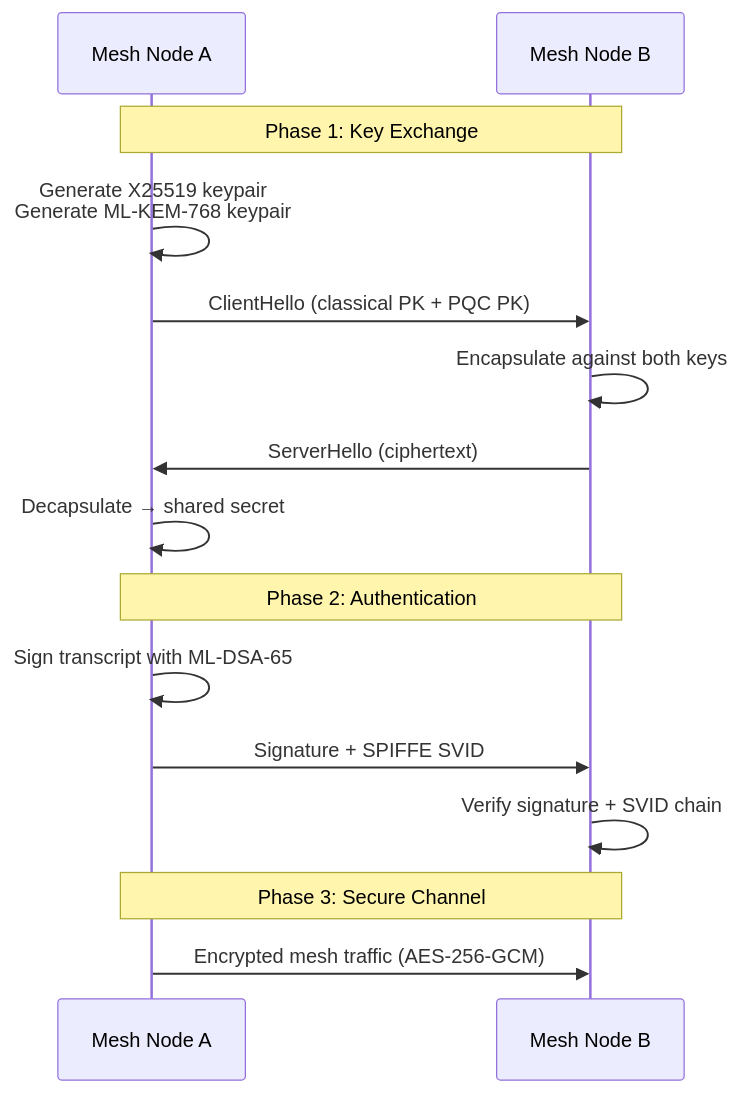
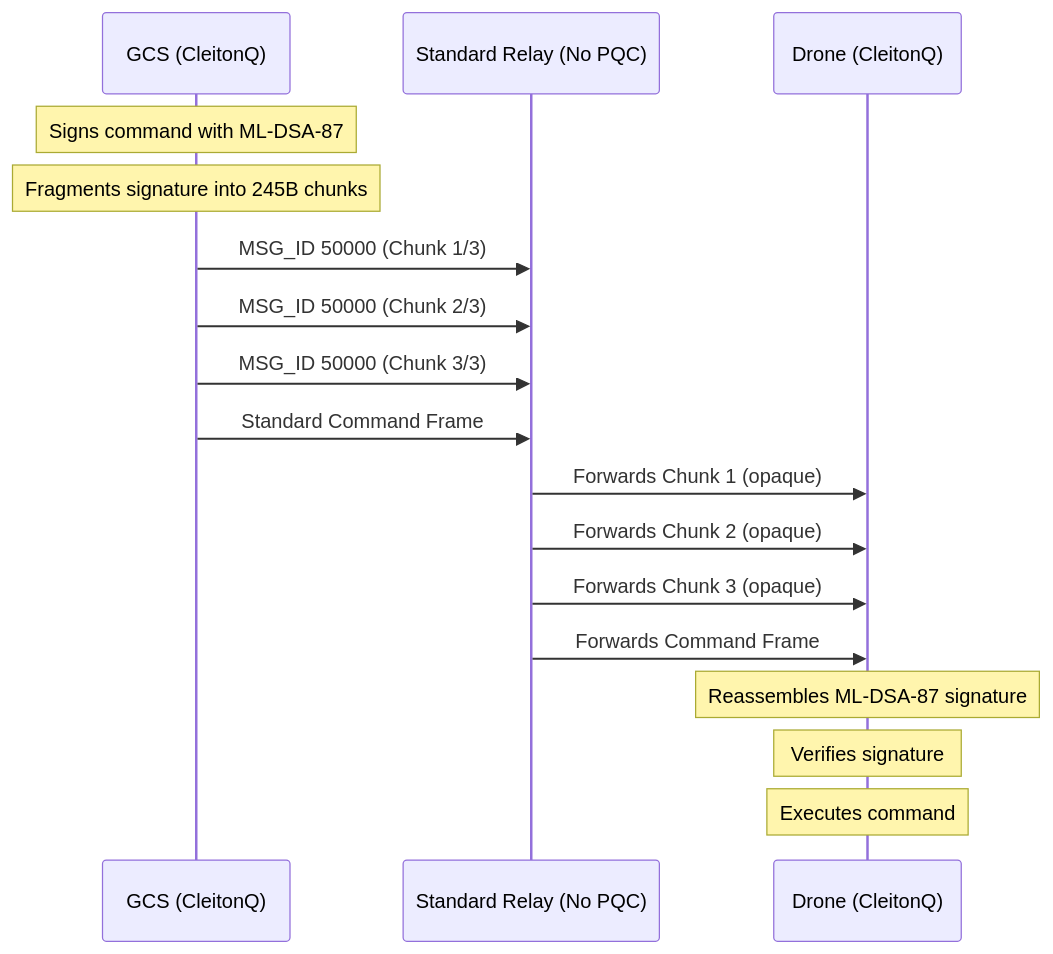
One commit to x0tta6bl4-ai/x0tta6bl4 changed the diagram in README.md. Above: the diagram before and after it, drawn with Mermaid. The commit also changed other lines of this file and 2 other files, not shown here.

````diff
--- a/README.md
+++ b/README.md
@@ -105,20 +24,20 @@
 ```mermaid
 sequenceDiagram
-    participant Alice as Mesh Node A
-    participant Bob as Mesh Node B
+    participant GCS as GCS (CleitonQ)
+    participant Relay as Standard Relay (No PQC)
+    participant UAV as Drone (CleitonQ)
 
-    Note over Alice,Bob: Phase 1: Key Exchange
-    Alice->>Alice: Generate X25519 keypair<br/>Generate ML-KEM-768 keypair
-    Alice->>Bob: ClientHello (classical PK + PQC PK)
-    Bob->>Bob: Encapsulate against both keys
-    Bob->>Alice: ServerHello (ciphertext)
-    Alice->>Alice: Decapsulate → shared secret
-
-    Note over Alice,Bob: Phase 2: Authentication
-    Alice->>Alice: Sign transcript with ML-DSA-65
-    Alice->>Bob: Signature + SPIFFE SVID
-    Bob->>Bob: Verify signature + SVID chain
-
-    Note over Alice,Bob: Phase 3: Secure Channel
-    Alice->>Bob: Encrypted mesh traffic (AES-256-GCM)
+    Note over GCS: Signs command with ML-DSA-87
+    Note over GCS: Fragments signature into 245B chunks
+    GCS->>Relay: MSG_ID 50000 (Chunk 1/3)
+    GCS->>Relay: MSG_ID 50000 (Chunk 2/3)
+    GCS->>Relay: MSG_ID 50000 (Chunk 3/3)
+    GCS->>Relay: Standard Command Frame
+    Relay->>UAV: Forwards Chunk 1 (opaque)
+    Relay->>UAV: Forwards Chunk 2 (opaque)
+    Relay->>UAV: Forwards Chunk 3 (opaque)
+    Relay->>UAV: Forwards Command Frame
+    Note over UAV: Reassembles ML-DSA-87 signature
+    Note over UAV: Verifies signature
+    Note over UAV: Executes command
 ```
````
